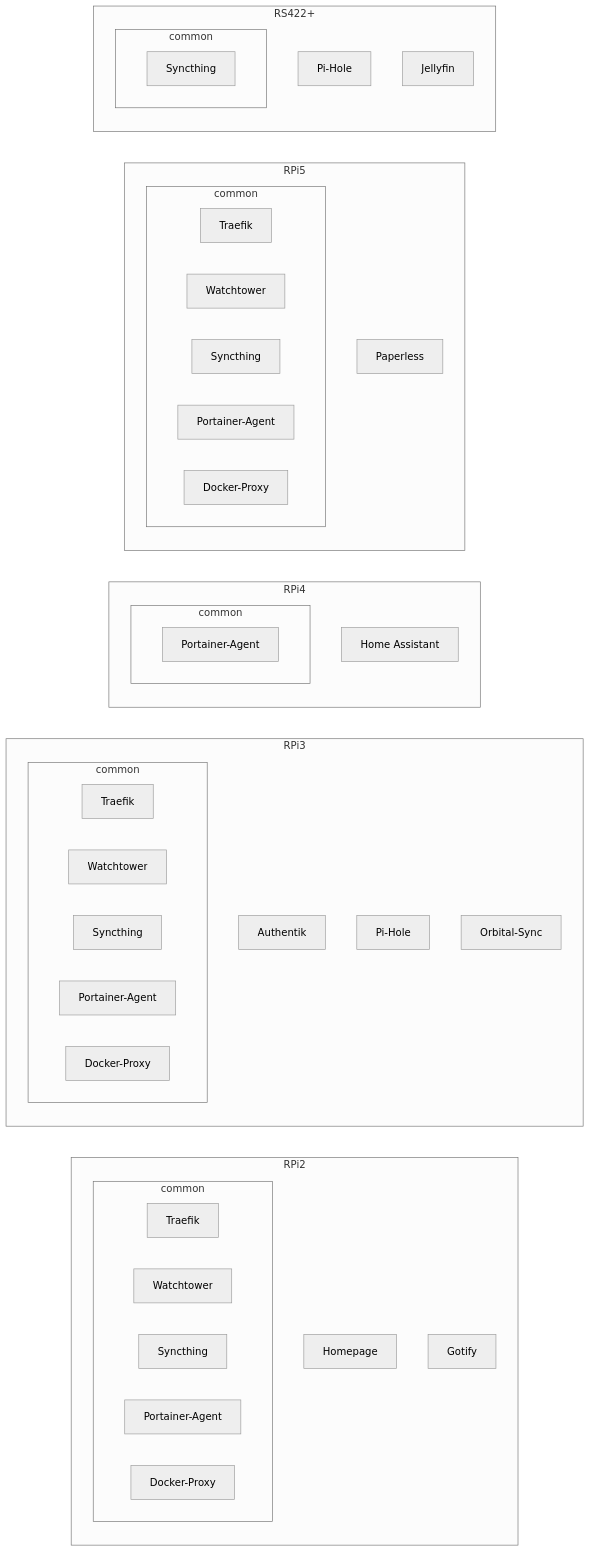
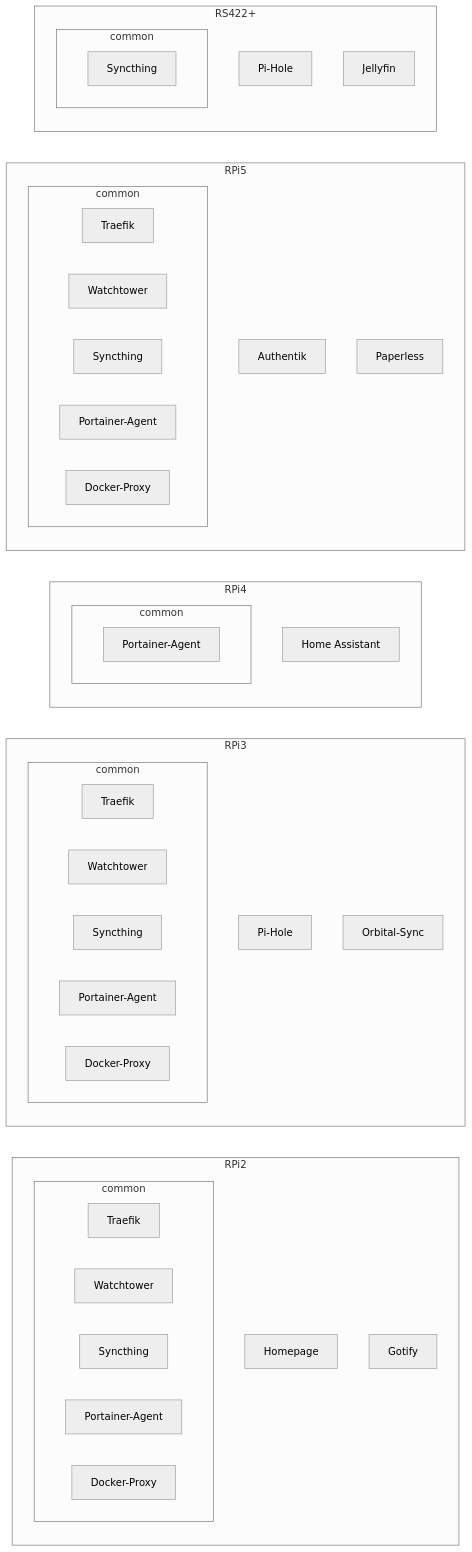
Before and after one commit to CFenner/homelab: the diagram in README.md, drawn with Mermaid (neutral theme). The commit also changed other lines of this file and 2 other files, not shown here.

Commit message:
add authentik (#3)

````diff
--- a/README.md
+++ b/README.md
@@ -3,57 +3,57 @@
 ```mermaid
 
 flowchart LR
 
   subgraph RPi2
     Homepage
     Gotify
     subgraph common-rpi2[common]
       traefik-rpi2[Traefik]
       watchtower-rpi2[Watchtower]
       syncthing-rpi2[Syncthing]
       portainer-rpi2[Portainer-Agent]
       pockerproxy-rpi2[Docker-Proxy]
     end
   end
 
   subgraph RPi3
-    Authentik
     Pi-Hole
     Orbital-Sync
     subgraph common-rpi3[common]
       traefik-rpi3[Traefik]
       watchtower-rpi3[Watchtower]
       syncthing-rpi3[Syncthing]
       portainer-rpi3[Portainer-Agent]
       pockerproxy-rpi3[Docker-Proxy]
     end
   end
 
   subgraph RPi4
     ha[Home Assistant]
     subgraph common-rpi4[common]
       portainer-rpi4[Portainer-Agent]
     end
   end
 
   subgraph RPi5
+    Authentik
     Paperless
     
     subgraph common-rpi5[common]
       traefik-rpi5[Traefik]
       watchtower-rpi5[Watchtower]
       syncthing-rpi5[Syncthing]
       portainer-rpi5[Portainer-Agent]
       pockerproxy-rpi5[Docker-Proxy]
     end
   end
 
   subgraph RS422+
     secondary-pihole[Pi-Hole]
     Jellyfin
     subgraph common-rs422[common]
       syncthing[Syncthing]
     end
   end
 
 ```
````
